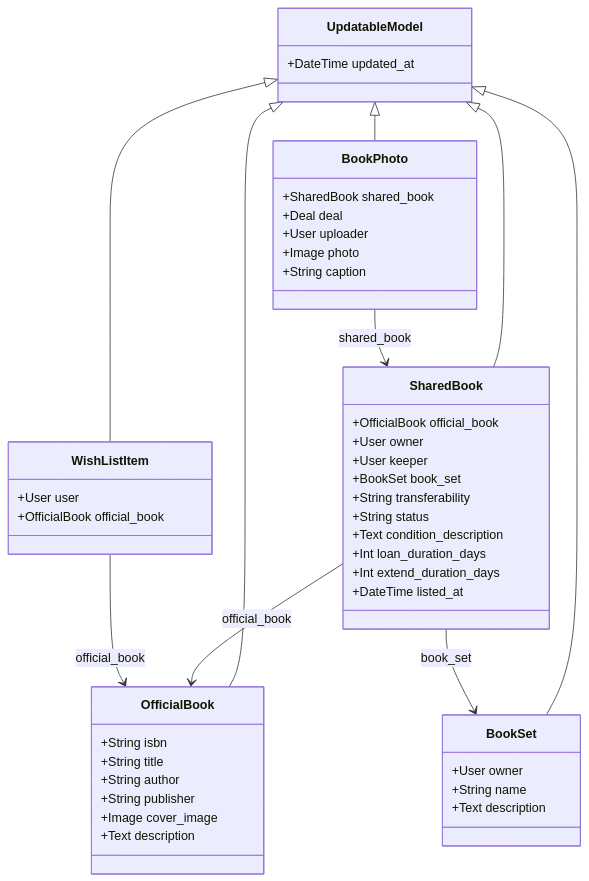
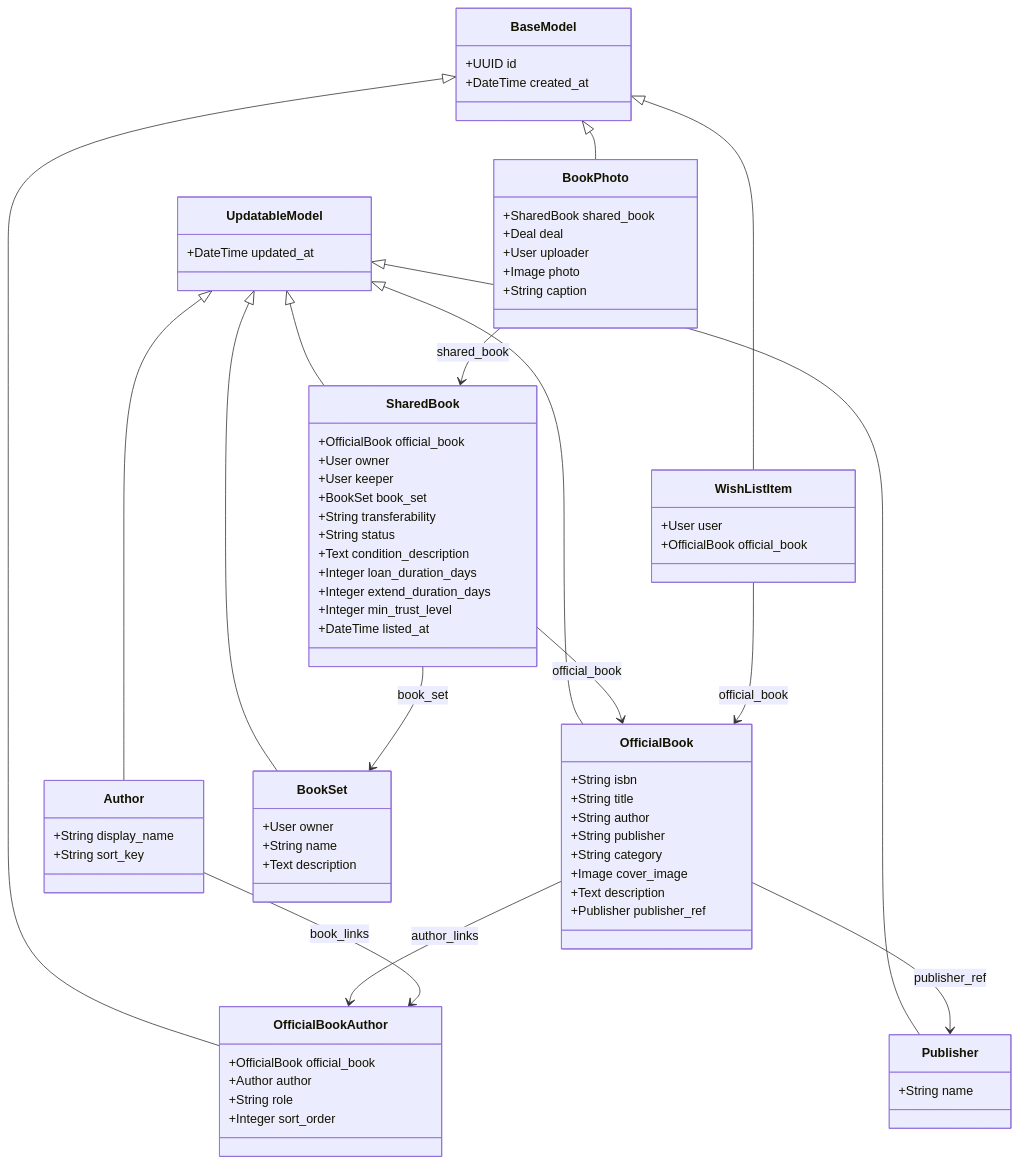
The fourth of 5 diagrams in docs/class-diagram.md (lucashsu95/exbooks), drawn with Mermaid before and after one commit. The commit also changed other lines of this file and 9 other files, not shown here.

```diff
--- a/docs/class-diagram.md
+++ b/docs/class-diagram.md
@@ -178,6 +387,11 @@
 classDiagram
     class UpdatableModel {
         +DateTime updated_at
+    }
+
+    class BaseModel {
+        +UUID id
+        +DateTime created_at
     }
 
     class OfficialBook {
@@ -185,8 +399,26 @@
         +String title
         +String author
         +String publisher
+        +String category
         +Image cover_image
         +Text description
+        +Publisher publisher_ref
+    }
+
+    class Author {
+        +String display_name
+        +String sort_key
+    }
+
+    class Publisher {
+        +String name
+    }
+
+    class OfficialBookAuthor {
+        +OfficialBook official_book
+        +Author author
+        +String role
+        +Integer sort_order
     }
 
     class BookSet {
@@ -203,8 +435,9 @@
         +String transferability
         +String status
         +Text condition_description
-        +Int loan_duration_days
-        +Int extend_duration_days
+        +Integer loan_duration_days
+        +Integer extend_duration_days
+        +Integer min_trust_level
         +DateTime listed_at
     }
 
@@ -222,11 +455,17 @@
     }
 
     UpdatableModel <|-- OfficialBook
+    UpdatableModel <|-- Author
+    UpdatableModel <|-- Publisher
     UpdatableModel <|-- BookSet
     UpdatableModel <|-- SharedBook
-    UpdatableModel <|-- BookPhoto
-    UpdatableModel <|-- WishListItem
+    BaseModel <|-- OfficialBookAuthor
+    BaseModel <|-- BookPhoto
+    BaseModel <|-- WishListItem
 
+    OfficialBook --> Publisher : publisher_ref
+    OfficialBook --> OfficialBookAuthor : author_links
+    Author --> OfficialBookAuthor : book_links
     SharedBook --> OfficialBook : official_book
     SharedBook --> BookSet : book_set
     BookPhoto --> SharedBook : shared_book
```
